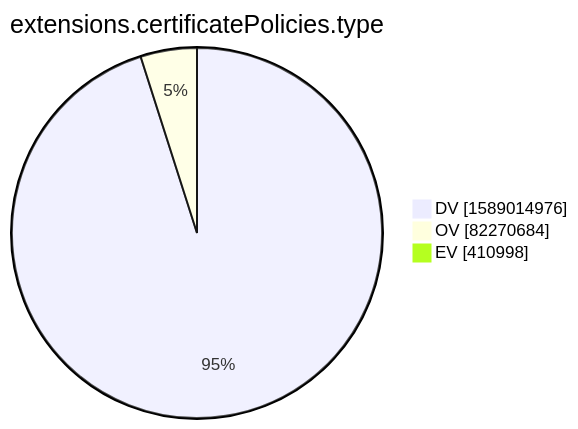
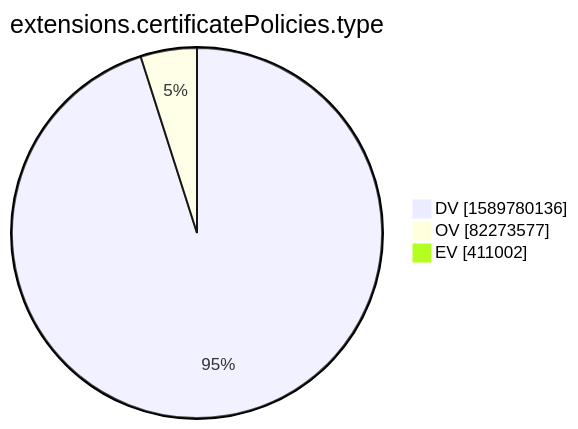
The tenth of 15 diagrams in xenon2022/README.md (christiankrug/ctmonitor_visualization), drawn with Mermaid before and after one commit. The commit also changed other lines of this file, not shown here.

````diff
--- a/xenon2022/README.md
+++ b/xenon2022/README.md
@@ -2878,7 +2878,7 @@
 ```mermaid
 pie showData
 title extensions.certificatePolicies.type
-"DV" :1589014976
-"OV" :82270684
-"EV" :410998
+"DV" :1589780136
+"OV" :82273577
+"EV" :411002
 ```
````
